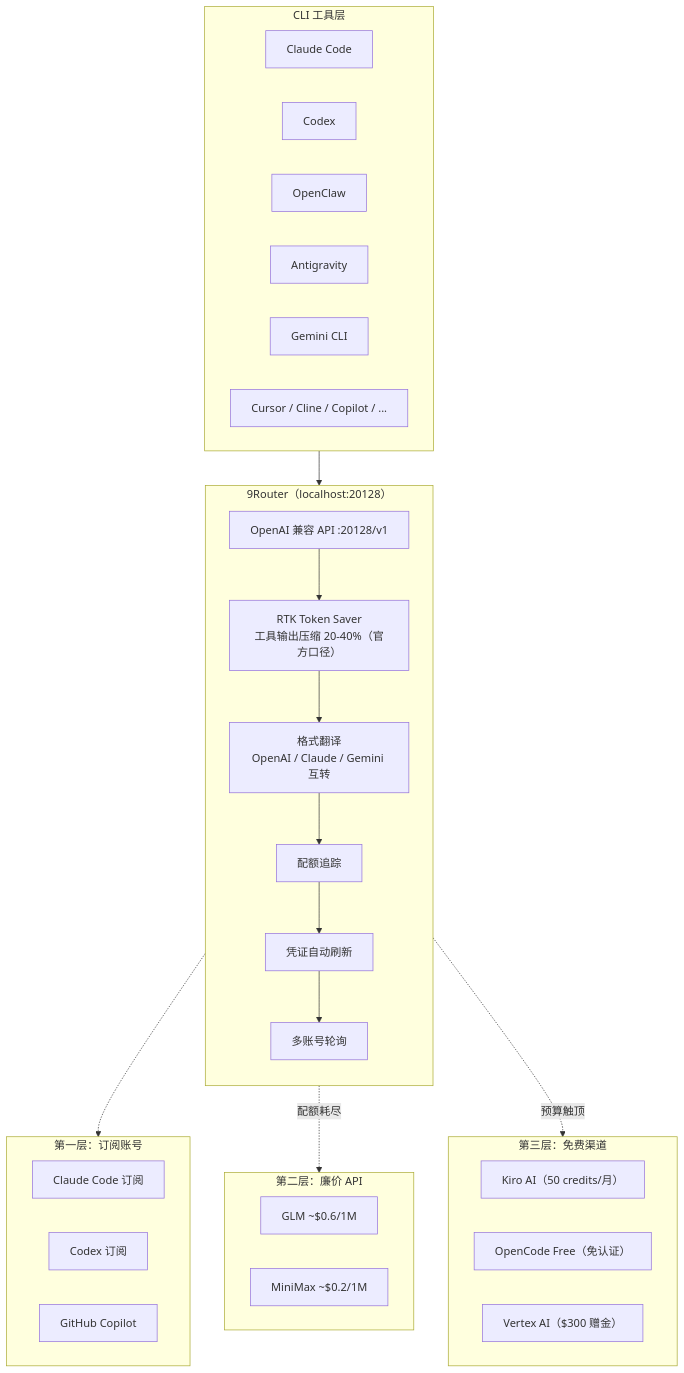
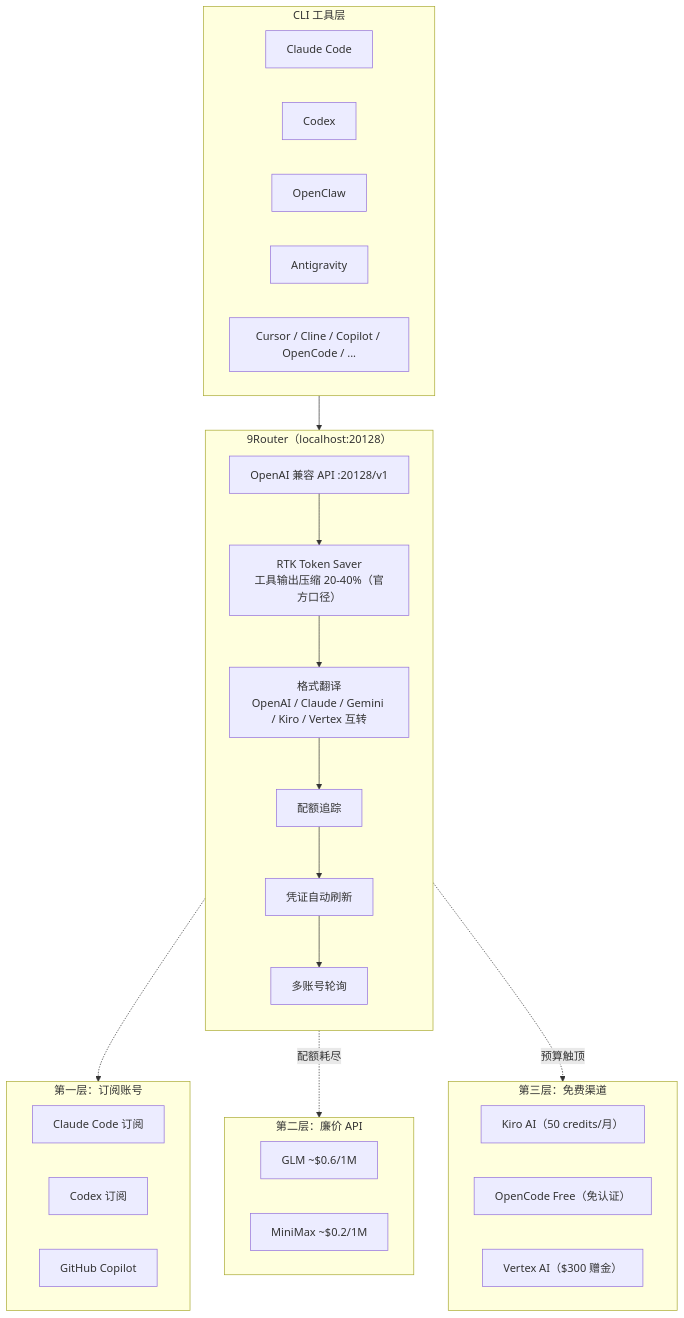
One commit to A1pha3/text-matrix changed the diagram in content/posts/tech/9router-ultimate-router-guide.md. Above: the diagram before and after it, drawn with Mermaid. The commit also changed other lines of this file and 9 other files, not shown here.

````diff
--- a/content/posts/tech/9router-ultimate-router-guide.md
+++ b/content/posts/tech/9router-ultimate-router-guide.md
@@ -30,49 +30,48 @@
 ```mermaid
 flowchart TB
  subgraph CLI["CLI 工具层"]
  CC["Claude Code"]
  CX["Codex"]
  OC["OpenClaw"]
  AG["Antigravity"]
- GM["Gemini CLI"]
- CS["Cursor / Cline / Copilot / ..."]
+ CS["Cursor / Cline / Copilot / OpenCode / ..."]
  end
 
  subgraph Router["9Router（localhost:20128）"]
  direction TB
  API["OpenAI 兼容 API :20128/v1"]
  RTK["RTK Token Saver<br/>工具输出压缩 20-40%（官方口径）"]
- FMT["格式翻译<br/>OpenAI / Claude / Gemini 互转"]
+ FMT["格式翻译<br/>OpenAI / Claude / Gemini / Kiro / Vertex 互转"]
  QT["配额追踪"]
  RF["凭证自动刷新"]
  LB["多账号轮询"]
 
  API --> RTK
  RTK --> FMT
  FMT --> QT
  QT --> RF
  RF --> LB
  end
 
  subgraph Tier1["第一层：订阅账号"]
  CCSub["Claude Code 订阅"]
  CXSub["Codex 订阅"]
  GHSub["GitHub Copilot"]
  end
 
  subgraph Tier2["第二层：廉价 API"]
  GLM["GLM ~$0.6/1M"]
  MM["MiniMax ~$0.2/1M"]
  end
 
  subgraph Tier3["第三层：免费渠道"]
  Kiro["Kiro AI（50 credits/月）"]
  OpenCodeF["OpenCode Free（免认证）"]
  Vertex["Vertex AI（$300 赠金）"]
  end
 
  CLI --> API
  LB -.-> Tier1
  LB -.配额耗尽.-> Tier2
  LB -.预算触顶.-> Tier3
 ```
````
